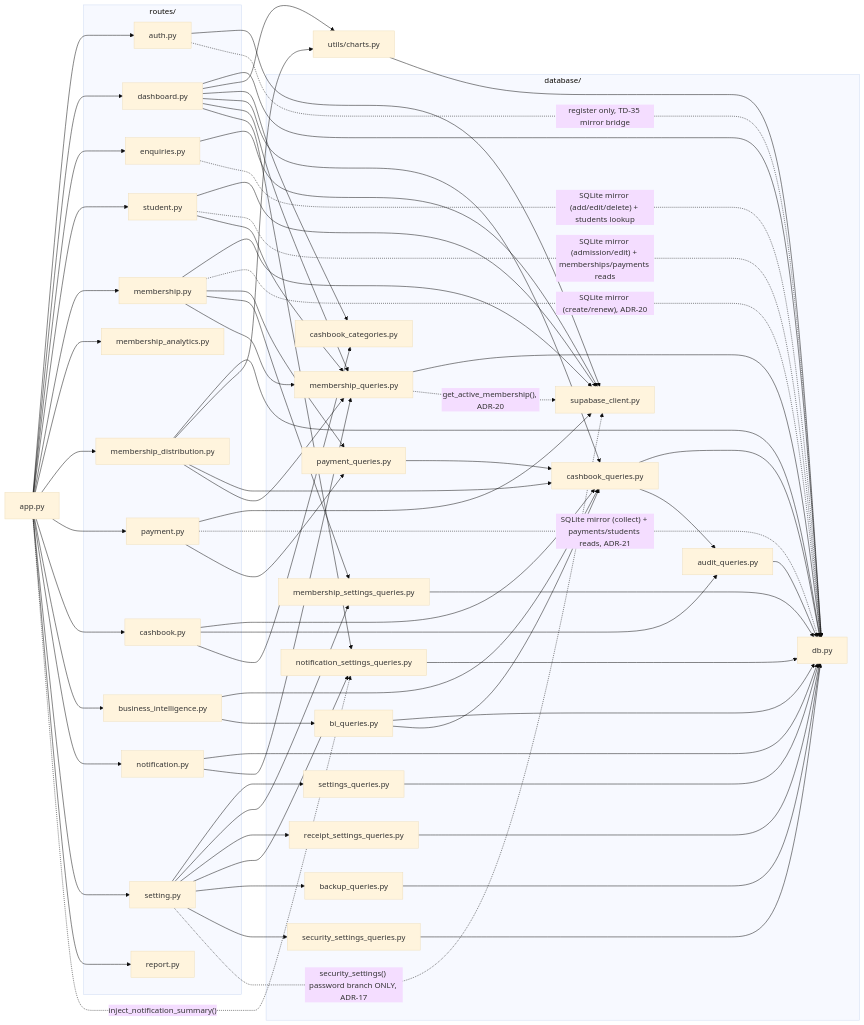
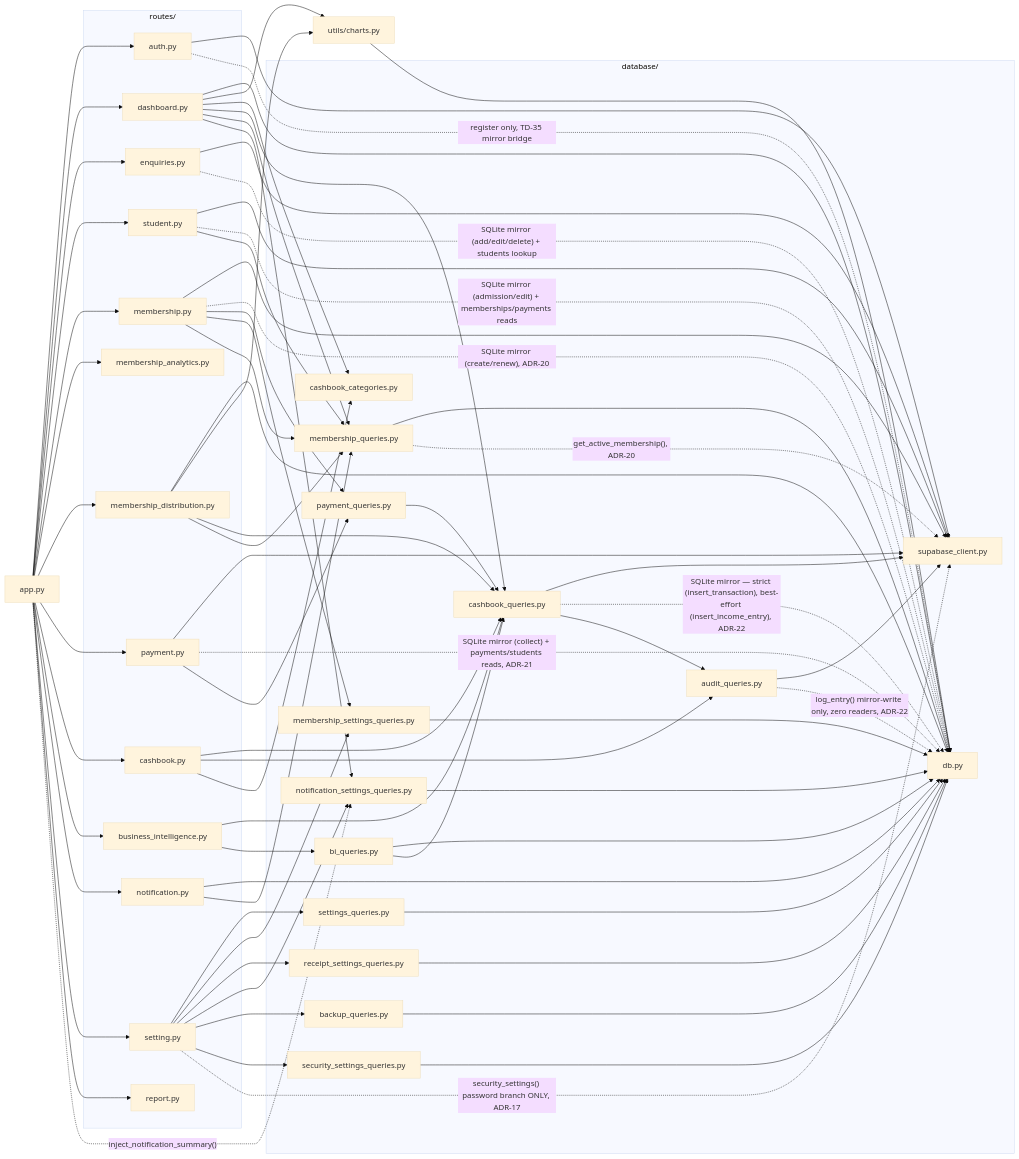
The fifth of 5 diagrams in docs/DIAGRAMS.md (saloni-keshore/smart-library-management-system), drawn with Mermaid (base theme) before and after one commit. The commit also changed other lines of this file and 15 other files, not shown here.

First line of the commit message:
Refactor cashbook and audit log handling to use Supabase

```diff
--- a/docs/DIAGRAMS.md
+++ b/docs/DIAGRAMS.md
@@ -373,11 +375,13 @@
     app_py -.->|"inject_notification_summary()"| notification_settings_queries_py
     dashboard_py --> notification_settings_queries_py
 
-    cashbook_queries_py --> db_py
+    cashbook_queries_py --> supabase_client_py
+    cashbook_queries_py -.->|"SQLite mirror — strict (insert_transaction), best-effort (insert_income_entry), ADR-22"| db_py
     cashbook_queries_py --> audit_queries_py
     bi_queries_py --> db_py
     bi_queries_py --> cashbook_queries_py
-    audit_queries_py --> db_py
+    audit_queries_py --> supabase_client_py
+    audit_queries_py -.->|"log_entry() mirror-write only, zero readers, ADR-22"| db_py
     membership_settings_queries_py --> db_py
     membership_queries_py --> db_py
     membership_queries_py -.->|"get_active_membership(), ADR-20"| supabase_client_py
```
